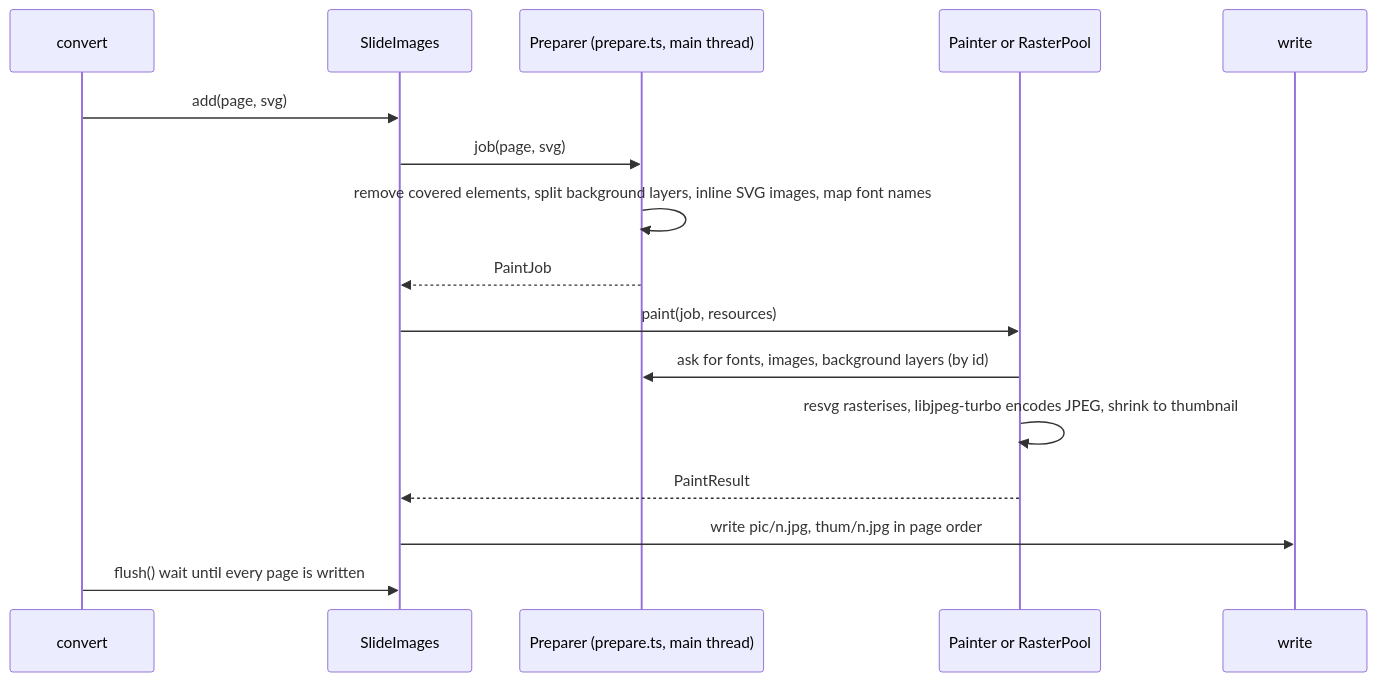
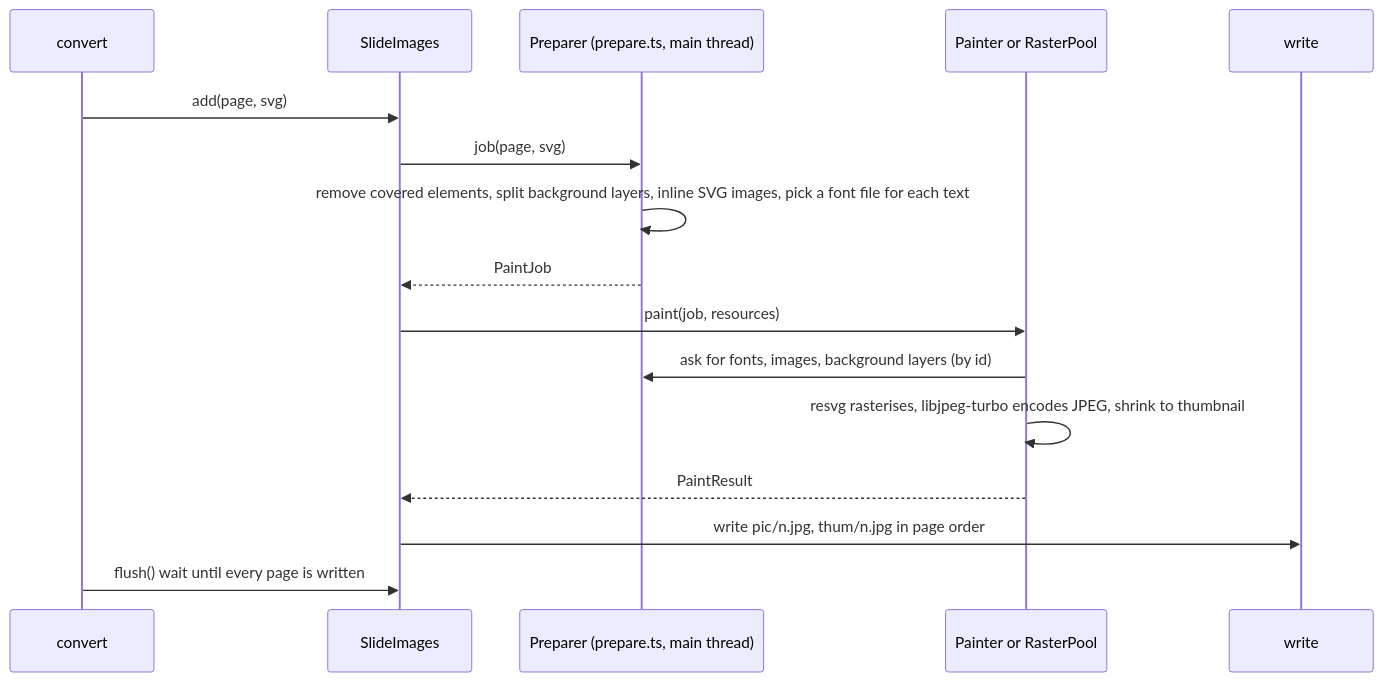
Diagram 19 of 22 in docs/en/transcoding.md (spitmaster/unppt), drawn with Mermaid before and after one commit. The commit also changed other lines of this file and 1 other file, not shown here.

Commit message:
docs: 转码原理对照 0.3.1 代码更新——思源字体按缺字体替代（SPEC D3 ⑩）、可变字体取 Regular / Bold 实例、符号字体子集化前换 cmap、显示字形放进原字体格子；缩进 1/20 磅和"行首起点 + 行宽 + 右缩进"取整到 1/8 磅的断行规则、水平居中 anchorCtr（含表格单元格）、项目符号的新规则、人工加粗的颜料；图表文字字体 chart-fonts.ts、饼图最佳位置标签；公式 Fallback 图片正着铺；出图按能画全文字选字体；不写 -o 时的输出位置；效果数字换成 0.3.1

````diff
--- a/docs/en/transcoding.md
+++ b/docs/en/transcoding.md
@@ -839,19 +847,19 @@
 ```mermaid
 sequenceDiagram
   participant C as convert
   participant S as SlideImages
   participant Pr as Preparer (prepare.ts, main thread)
   participant Pa as Painter or RasterPool
   participant W as write
 
   C->>S: add(page, svg)
   S->>Pr: job(page, svg)
-  Pr->>Pr: remove covered elements, split background layers, inline SVG images, map font names
+  Pr->>Pr: remove covered elements, split background layers, inline SVG images, pick a font file for each text
   Pr-->>S: PaintJob
   S->>Pa: paint(job, resources)
   Pa->>Pr: ask for fonts, images, background layers (by id)
   Pa->>Pa: resvg rasterises, libjpeg-turbo encodes JPEG, shrink to thumbnail
   Pa-->>S: PaintResult
   S->>W: write pic/n.jpg, thum/n.jpg in page order
   C->>S: flush() wait until every page is written
 ```
````
